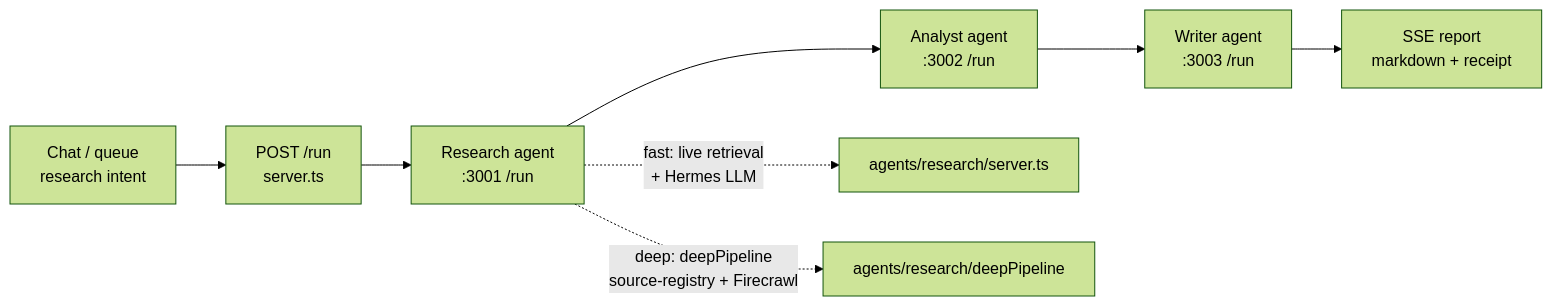
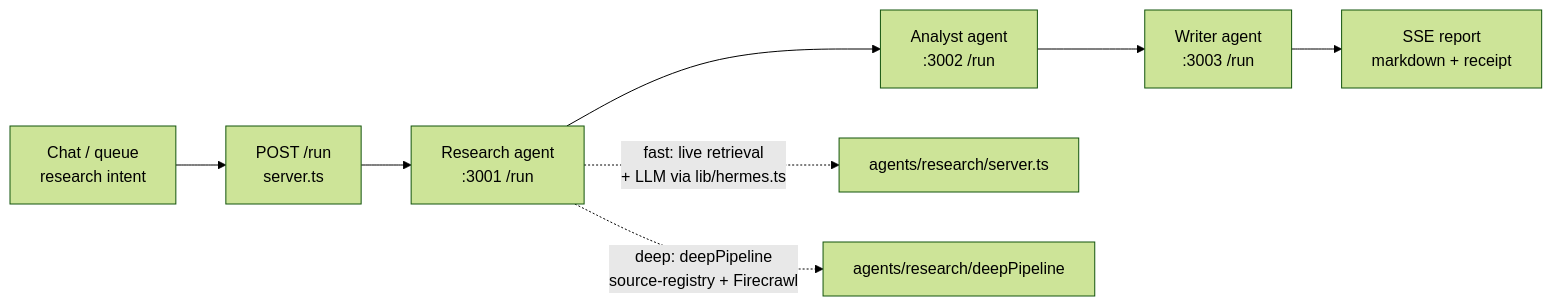
The fourth of 4 diagrams in README.md (Snehal707/Agentflow), drawn with Mermaid (forest theme) before and after one commit. The commit also changed other lines of this file, not shown here.

First line of the commit message:
Clarify Hermes Agent runtime vs Hermes LLM model layers.

````diff
--- a/README.md
+++ b/README.md
@@ -108,11 +137,11 @@
 ```mermaid
 flowchart LR
   Chat["Chat / queue\nresearch intent"] --> Run["POST /run\nserver.ts"]
   Run --> R["Research agent\n:3001 /run"]
   R --> A["Analyst agent\n:3002 /run"]
   A --> W["Writer agent\n:3003 /run"]
   W --> Out["SSE report\nmarkdown + receipt"]
 
-  R -.->|"fast: live retrieval\n+ Hermes LLM"| FastPath["agents/research/server.ts"]
+  R -.->|"fast: live retrieval\n+ LLM via lib/hermes.ts"| FastPath["agents/research/server.ts"]
   R -.->|"deep: deepPipeline\nsource-registry + Firecrawl"| DeepPath["agents/research/deepPipeline"]
 ```
````
